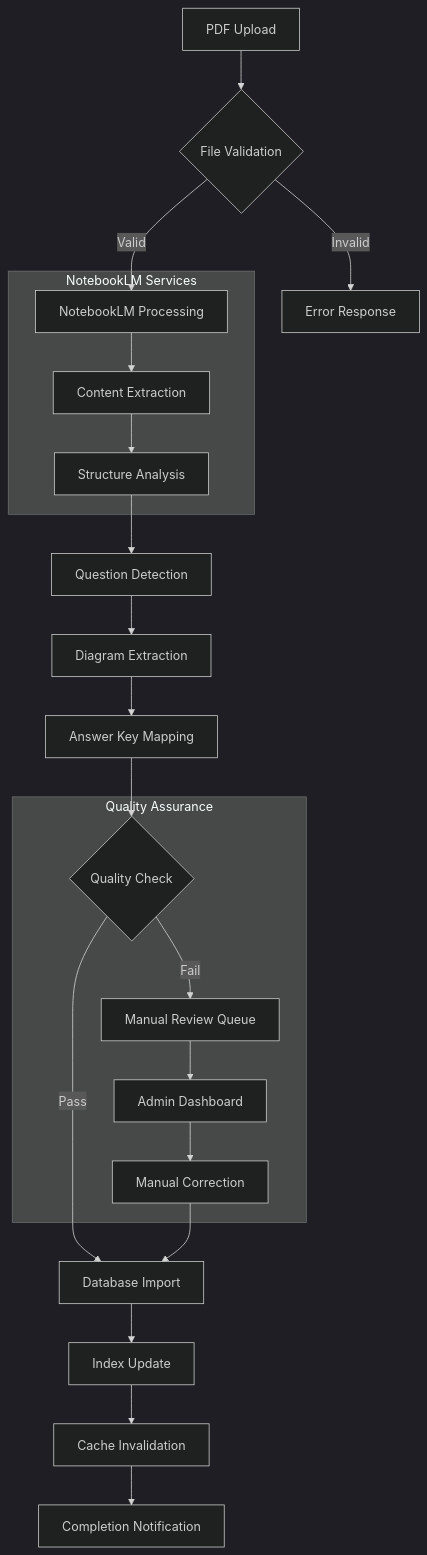
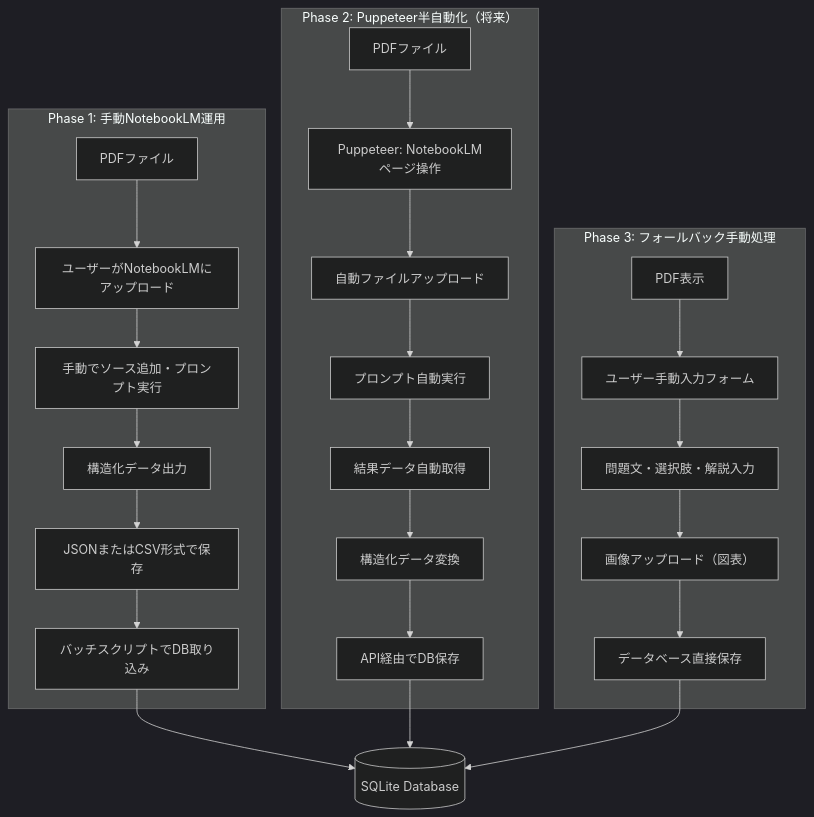
Before and after one commit to mitarashi077/ExamPreparationSystem: the fifth of 9 diagrams in docs/design/system-redesign-design.md, drawn with Mermaid (dark theme). The commit also changed other lines of this file, not shown here.

````diff
--- a/docs/design/system-redesign-design.md
+++ b/docs/design/system-redesign-design.md
@@ -730,37 +686,30 @@
 ```mermaid
 flowchart TD
-    A[PDF Upload] --> B{File Validation}
-    B -->|Valid| C[NotebookLM Processing]
-    B -->|Invalid| Z[Error Response]
-    
-    C --> D[Content Extraction]
-    D --> E[Structure Analysis]
-    E --> F[Question Detection]
-    F --> G[Diagram Extraction]
-    G --> H[Answer Key Mapping]
-    
-    H --> I{Quality Check}
-    I -->|Pass| J[Database Import]
-    I -->|Fail| K[Manual Review Queue]
-    
-    J --> L[Index Update]
-    L --> M[Cache Invalidation]
-    M --> N[Completion Notification]
-    
-    K --> O[Admin Dashboard]
-    O --> P[Manual Correction]
-    P --> J
-    
-    subgraph "NotebookLM Services"
-        C
-        D
-        E
+    subgraph "Phase 1: 手動NotebookLM運用"
+        A[PDFファイル] --> B[ユーザーがNotebookLMにアップロード]
+        B --> C[手動でソース追加・プロンプト実行]
+        C --> D[構造化データ出力]
+        D --> E[JSONまたはCSV形式で保存]
+        E --> F[バッチスクリプトでDB取り込み]
     end
     
-    subgraph "Quality Assurance"
-        I
-        K
-        O
-        P
+    subgraph "Phase 2: Puppeteer半自動化（将来）"
+        G[PDFファイル] --> H[Puppeteer: NotebookLMページ操作]
+        H --> I[自動ファイルアップロード]
+        I --> J[プロンプト自動実行]
+        J --> K[結果データ自動取得]
+        K --> L[構造化データ変換]
+        L --> M[API経由でDB保存]
     end
+    
+    subgraph "Phase 3: フォールバック手動処理"
+        N[PDF表示] --> O[ユーザー手動入力フォーム]
+        O --> P[問題文・選択肢・解説入力]
+        P --> Q[画像アップロード（図表）]
+        Q --> R[データベース直接保存]
+    end
+    
+    F --> S[(SQLite Database)]
+    M --> S
+    R --> S
 ```
````
